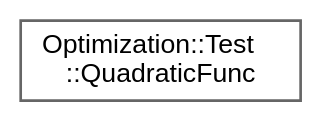
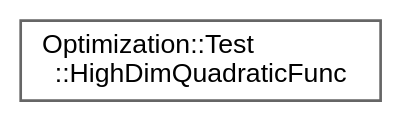
One commit to jswoo0615/Algorithms_for_Optimization_cpp changed the diagram in inherit_graph_14.dot. Above: the diagram before and after it, drawn with Graphviz. The commit also changed 25 other files, not shown here.

```diff
--- a/inherit_graph_14.dot
+++ b/inherit_graph_14.dot
@@ -1,9 +1,9 @@
 digraph "Graphical Class Hierarchy"
 {
  // LATEX_PDF_SIZE
   bgcolor="transparent";
   edge [fontname=Helvetica,fontsize=10,labelfontname=Helvetica,labelfontsize=10];
   node [fontname=Helvetica,fontsize=10,shape=box,height=0.2,width=0.4];
   rankdir="LR";
-  Node0 [id="Node000000",label="Optimization::Test\l::QuadraticFunc",height=0.2,width=0.4,color="grey40", fillcolor="white", style="filled",URL="$structOptimization_1_1Test_1_1QuadraticFunc.html",tooltip=" "];
+  Node0 [id="Node000000",label="Optimization::Test\l::HighDimQuadraticFunc",height=0.2,width=0.4,color="grey40", fillcolor="white", style="filled",URL="$structOptimization_1_1Test_1_1HighDimQuadraticFunc.html",tooltip=" "];
 }
```
